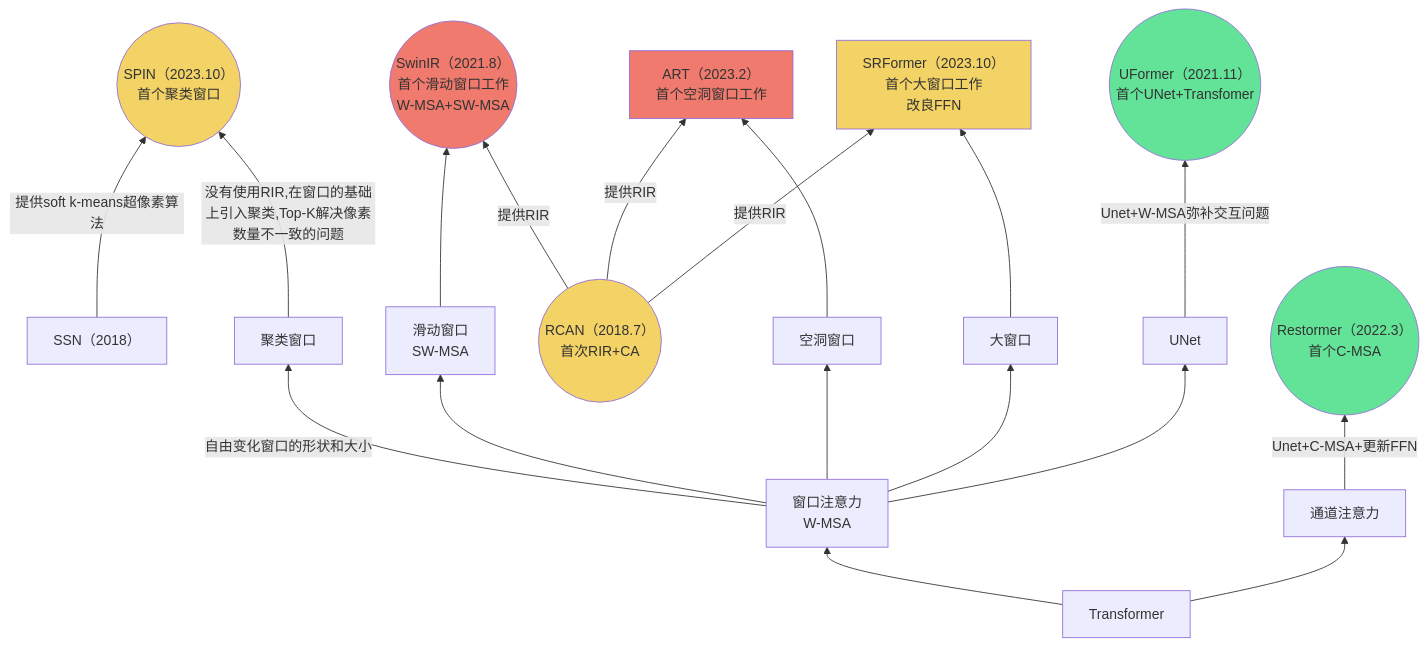
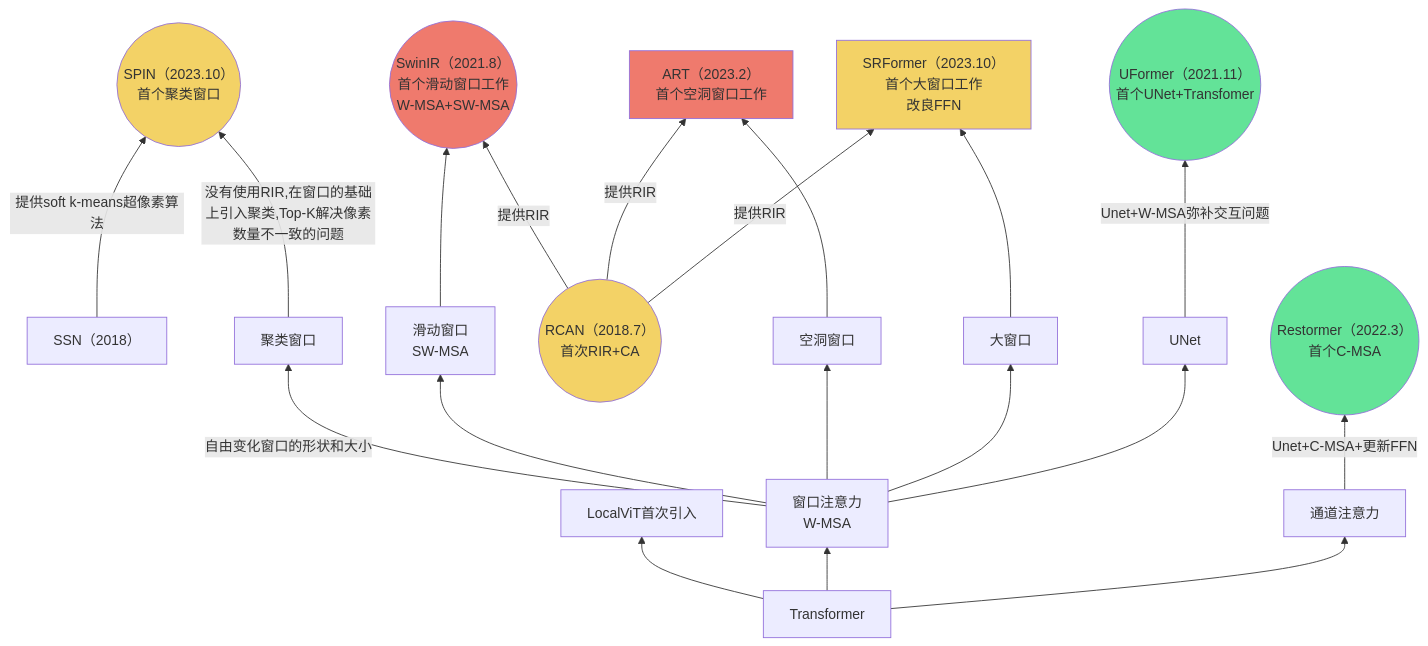
Before and after one commit to Elephant-King9/Paper: the fourth of 8 diagrams in CV/Super_Resolution(SR)/analyse.md, drawn with Mermaid. The commit also changed 10 other files, not shown here.

````diff
--- a/CV/Super_Resolution(SR)/analyse.md
+++ b/CV/Super_Resolution(SR)/analyse.md
@@ -116,47 +116,48 @@
 ```mermaid
 flowchart BT
 		Transformer[Transformer]
+		Transformer-->LocalViT首次引入
 		SSN-->|提供soft k-means超像素算法|SPIN
 		Transformer-->窗口注意力
 		Transformer-->通道注意力
 		
 		
 		窗口注意力-->|自由变化窗口的形状和大小|聚类窗口
 		窗口注意力-->滑动窗口
 		RCAN-->|提供RIR|SwinIR
 		RCAN-->|提供RIR|ART
 		RCAN-->|提供RIR|SRFormer
 		窗口注意力-->空洞窗口
 		窗口注意力-->大窗口
 		窗口注意力-->UNet
 		
 		滑动窗口-->SwinIR
 		空洞窗口-->ART
 		大窗口-->SRFormer
 		UNet-->|Unet+W-MSA弥补交互问题|UFormer
 		聚类窗口-->|没有使用RIR,在窗口的基础上引入聚类,Top-K解决像素数量不一致的问题|SPIN
 		
 		通道注意力-->|Unet+C-MSA+更新FFN|Restormer
 		
 		UFormer@{ shape: circle, label: "UFormer（2021.11）<br>首个UNet+Transfomer" }
 				style UFormer fill:#63E398
 		SwinIR@{ shape: circle, label: "SwinIR（2021.8）<br>首个滑动窗口工作<br>W-MSA+SW-MSA" }
 				style SwinIR fill:#EF7A6D
 		Restormer@{ shape: circle, label: "Restormer（2022.3）<br>首个C-MSA" }
 				style Restormer fill:#63E398
     SPIN@{ shape: circle, label: "SPIN（2023.10）<br>首个聚类窗口" }
     		style SPIN fill:#F3D266
     RCAN@{ shape: circle, label: "RCAN（2018.7）<br>首次RIR+CA" }
 				style RCAN fill:#F3D266
     		
     窗口注意力[窗口注意力<br>W-MSA]		
     滑动窗口[滑动窗口<br>SW-MSA]
     
     
    	ART[ART（2023.2）<br>首个空洞窗口工作]
 				style ART fill:#EF7A6D
 		SRFormer[SRFormer（2023.10）<br>首个大窗口工作<br>改良FFN]
 				style SRFormer fill:#F3D266
 				
 		SSN[SSN（2018）]
 ```
````
